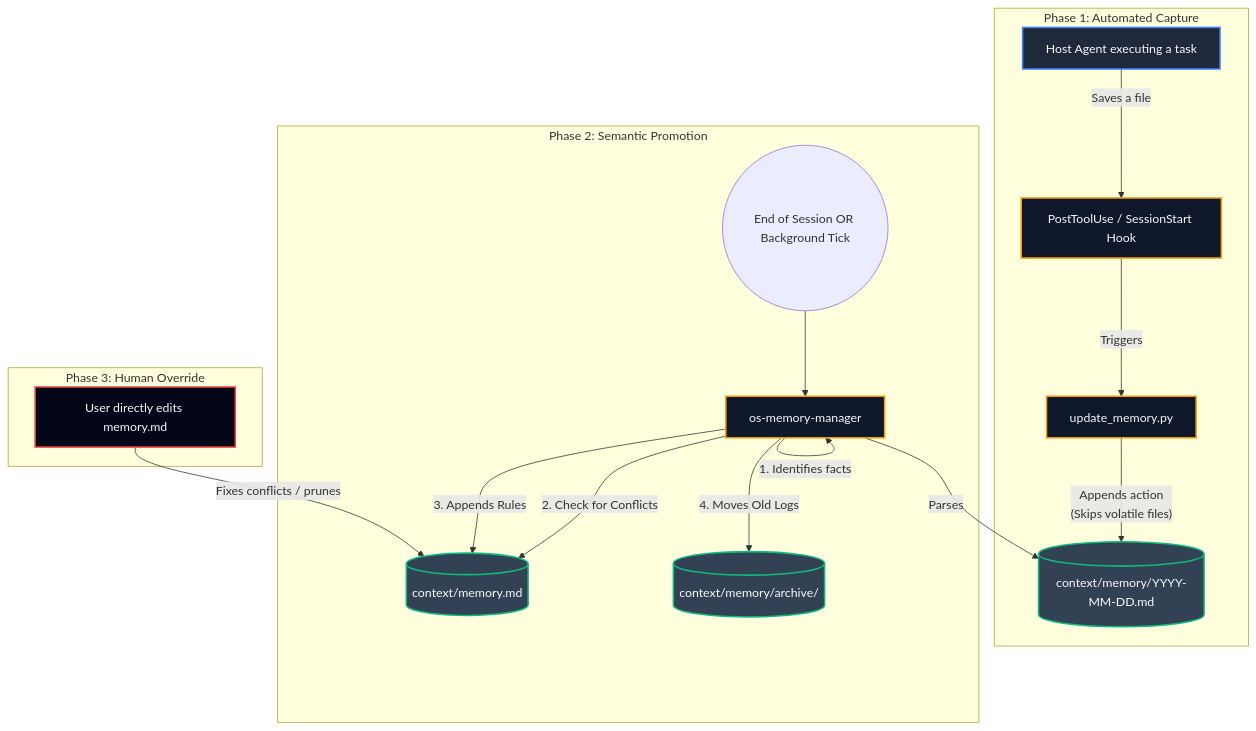
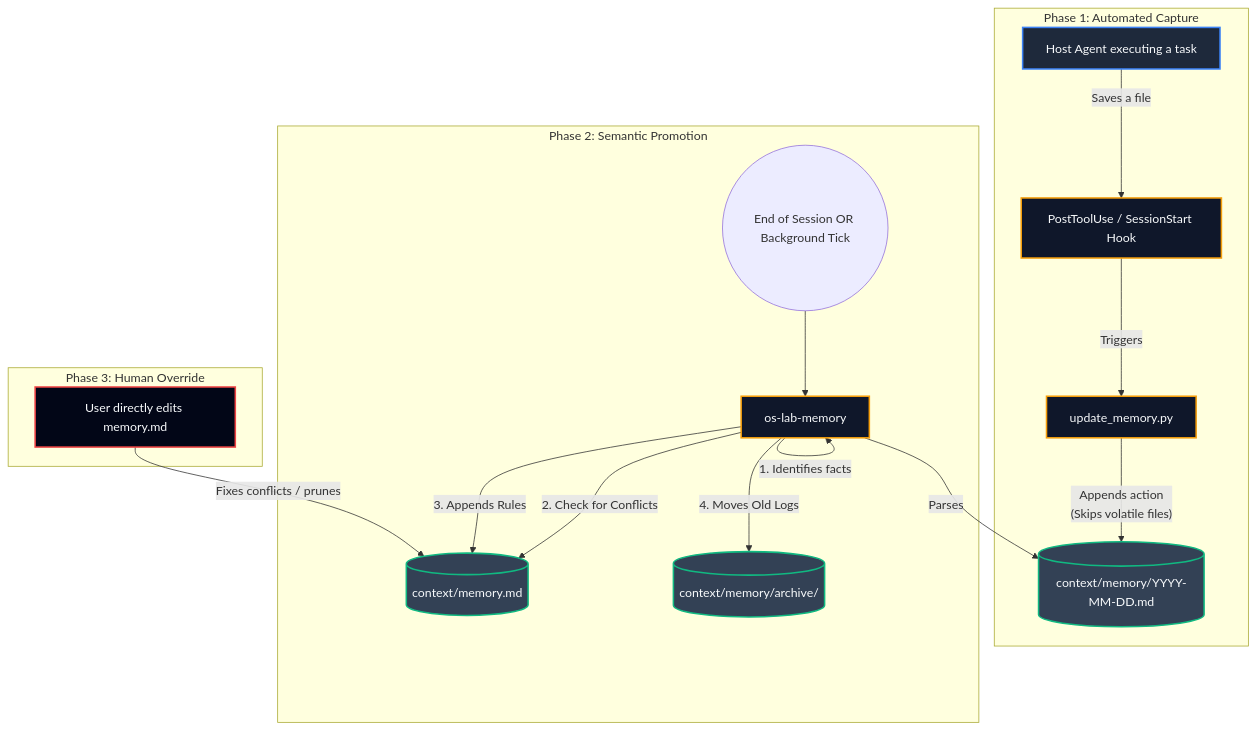
The diagram in plugins/agent-agentic-os/assets/diagrams/agentic-os-memory-subsystem.mmd (richfrem/agent-plugins-skills), drawn with Mermaid before and after one commit. The commit also changed 532 other files, not shown here.

```diff
--- a/plugins/agent-agentic-os/assets/diagrams/agentic-os-memory-subsystem.mmd
+++ b/plugins/agent-agentic-os/assets/diagrams/agentic-os-memory-subsystem.mmd
@@ -1,36 +1,36 @@
 flowchart TD
     classDef external fill:#1E293B,stroke:#3B82F6,stroke-width:2px,color:#F8FAFC
     classDef auto fill:#0F172A,stroke:#F59E0B,stroke-width:2px,color:#F8FAFC
     classDef storage fill:#334155,stroke:#10B981,stroke-width:2px,color:#F8FAFC
     classDef manual fill:#020617,stroke:#EF4444,stroke-width:2px,color:#F8FAFC
 
     Host[Host Agent executing a task]:::external
 
     subgraph "Phase 1: Automated Capture"
         Hook[PostToolUse / SessionStart Hook]:::auto
         UpdatePy[update_memory.py]:::auto
         DailyLog[(context/memory/YYYY-MM-DD.md)]:::storage
 
         Host -- Saves a file --> Hook
         Hook -- Triggers --> UpdatePy
         UpdatePy -- "Appends action<BR>(Skips volatile files)" --> DailyLog
     end
 
     subgraph "Phase 2: Semantic Promotion"
         Trigger((End of Session OR Background Tick))
-        SMM[os-memory-manager]:::auto
+        SMM[os-lab-memory]:::auto
         L3[(context/memory.md)]:::storage
         Archive[(context/memory/archive/)]:::storage
 
         Trigger --> SMM
         SMM -- Parses --> DailyLog
         SMM -- "1. Identifies facts" --> SMM
         SMM -- "2. Check for Conflicts" --> L3
         SMM -- "3. Appends Rules" --> L3
         SMM -- "4. Moves Old Logs" --> Archive
     end
 
     subgraph "Phase 3: Human Override"
         UserAction[User directly edits memory.md]:::manual
         UserAction -- "Fixes conflicts / prunes" --> L3
     end
```
